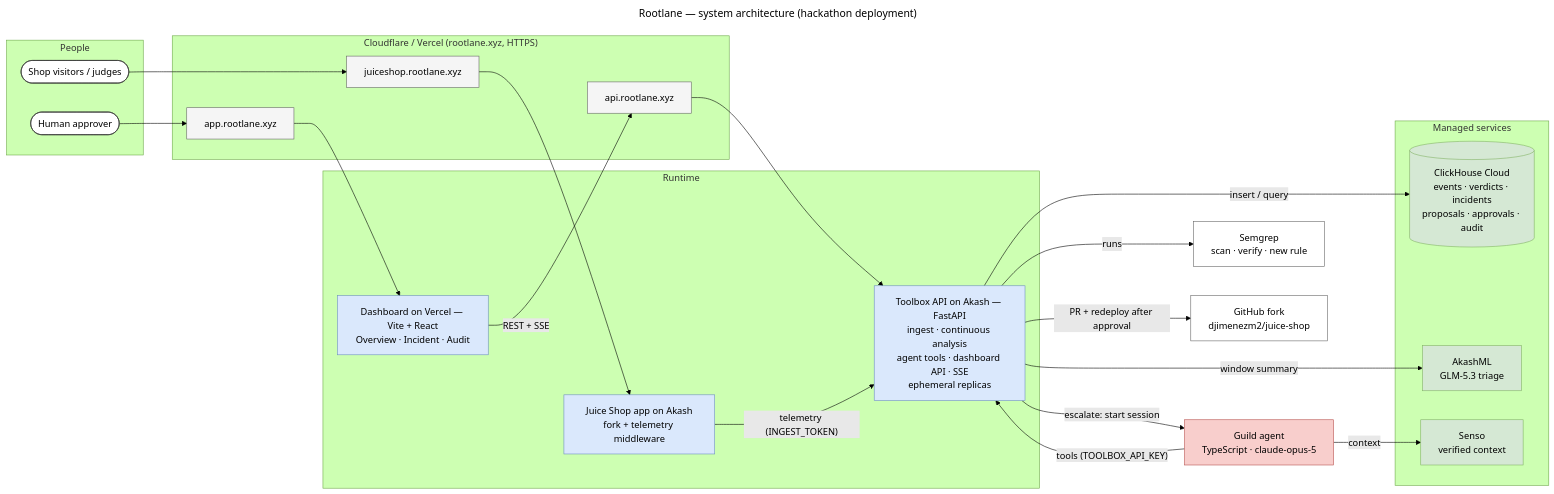
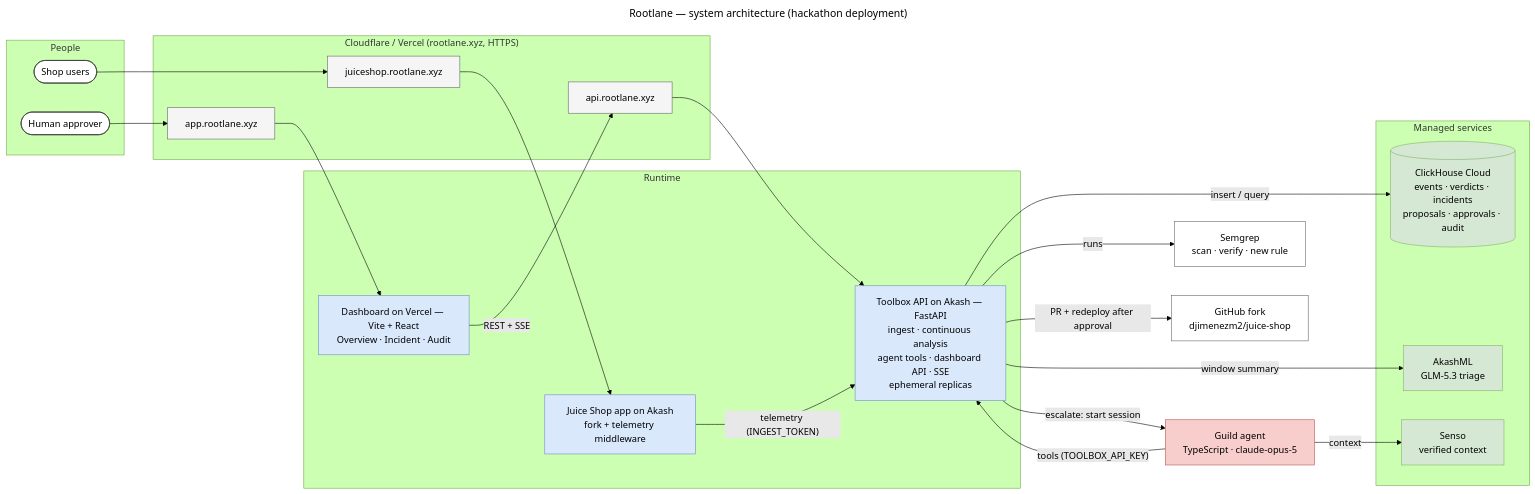
One commit to djimenezm2/Cyberdefense-Hackathon-SFTechWeek changed the diagram in docs/diagrams/src/1-system-architecture.mmd. Above: the diagram before and after it, drawn with Mermaid (forest theme). The commit also changed 3 other files, not shown here.

First line of the commit message:
Remove people's names from the diagrams

```diff
--- a/docs/diagrams/src/1-system-architecture.mmd
+++ b/docs/diagrams/src/1-system-architecture.mmd
@@ -1,49 +1,49 @@
 ---
 title: Rootlane — system architecture (hackathon deployment)
 ---
 flowchart LR
   subgraph People["People"]
-    visitor(["Shop visitors / judges"])
+    visitor(["Shop users"])
     approver(["Human approver"])
   end
   subgraph Edge["Cloudflare / Vercel (rootlane.xyz, HTTPS)"]
     cfshop["juiceshop.rootlane.xyz"]
     cfapi["api.rootlane.xyz"]
     cfapp["app.rootlane.xyz"]
   end
   subgraph Run["Runtime"]
     shop["Juice Shop app on Akash<br>fork + telemetry middleware"]
     api["Toolbox API on Akash — FastAPI<br>ingest · continuous analysis<br>agent tools · dashboard API · SSE<br>ephemeral replicas"]
     dash["Dashboard on Vercel — Vite + React<br>Overview · Incident · Audit"]
   end
   subgraph Data["Managed services"]
     ch[("ClickHouse Cloud<br>events · verdicts · incidents<br>proposals · approvals · audit")]
     akml["AkashML<br>GLM-5.3 triage"]
     senso["Senso<br>verified context"]
   end
   agent["Guild agent<br>TypeScript · claude-opus-5"]
   semgrep["Semgrep<br>scan · verify · new rule"]
   gh["GitHub fork<br>djimenezm2/juice-shop"]
   visitor --> cfshop --> shop
   approver --> cfapp --> dash
   dash -- "REST + SSE" --> cfapi --> api
   shop -- "telemetry (INGEST_TOKEN)" --> api
   api -- "insert / query" --> ch
   api -- "window summary" --> akml
   api -- "escalate: start session" --> agent
   agent -- "tools (TOOLBOX_API_KEY)" --> api
   agent -- "context" --> senso
   api -- "runs" --> semgrep
   api -- "PR + redeploy after approval" --> gh
   classDef person fill:#ffffff,stroke:#333333,color:#000000
   classDef edge fill:#f5f5f5,stroke:#666666,color:#000000
   classDef app fill:#dae8fc,stroke:#6c8ebf,color:#000000
   classDef data fill:#d5e8d4,stroke:#82b366,color:#000000
   classDef agentc fill:#f8cecc,stroke:#b85450,color:#000000
   classDef ext fill:#ffffff,stroke:#666666,color:#000000
   class visitor,approver person
   class cfshop,cfapi,cfapp edge
   class shop,api,dash app
   class ch,akml,senso data
   class agent agentc
   class semgrep,gh ext
```
